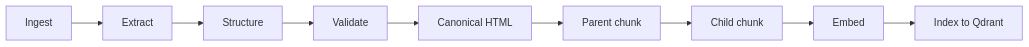
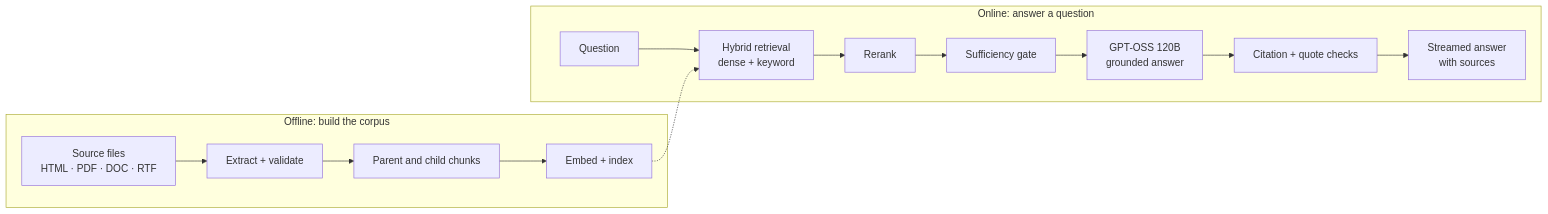
Before and after one commit to thetanishqrathore/theo-rag: the diagram in README.md, drawn with Mermaid. The commit also changed other lines of this file and 7 other files, not shown here.

````diff
--- a/README.md
+++ b/README.md
@@ -109,4 +62,10 @@
 ```mermaid
 flowchart LR
-    A[Ingest] --> B[Extract] --> C[Structure] --> D[Validate] --> E[Canonical HTML] --> F[Parent chunk] --> G[Child chunk] --> H[Embed] --> I[Index to Qdrant]
+    subgraph Offline["Offline: build the corpus"]
+        A[Source files<br/>HTML · PDF · DOC · RTF] --> B[Extract + validate] --> C[Parent and child chunks] --> D[Embed + index]
+    end
+    subgraph Online["Online: answer a question"]
+        Q[Question] --> R[Hybrid retrieval<br/>dense + keyword] --> S[Rerank] --> G[Sufficiency gate] --> L[GPT-OSS 120B<br/>grounded answer] --> P[Citation + quote checks] --> UI[Streamed answer<br/>with sources]
+    end
+    D -.-> R
 ```
````
